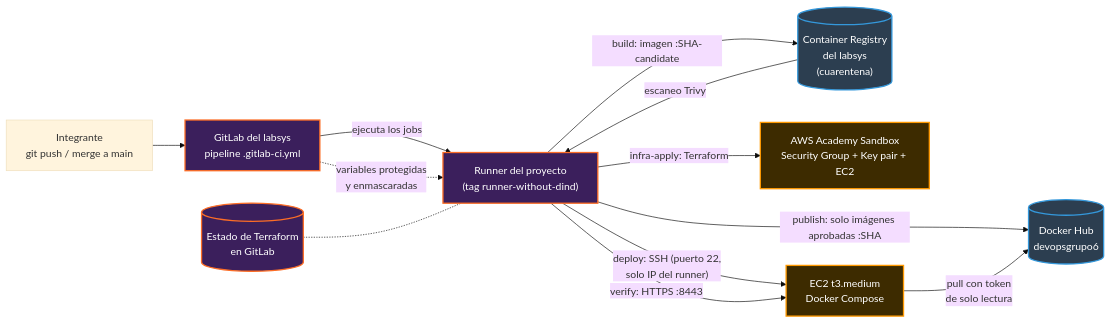
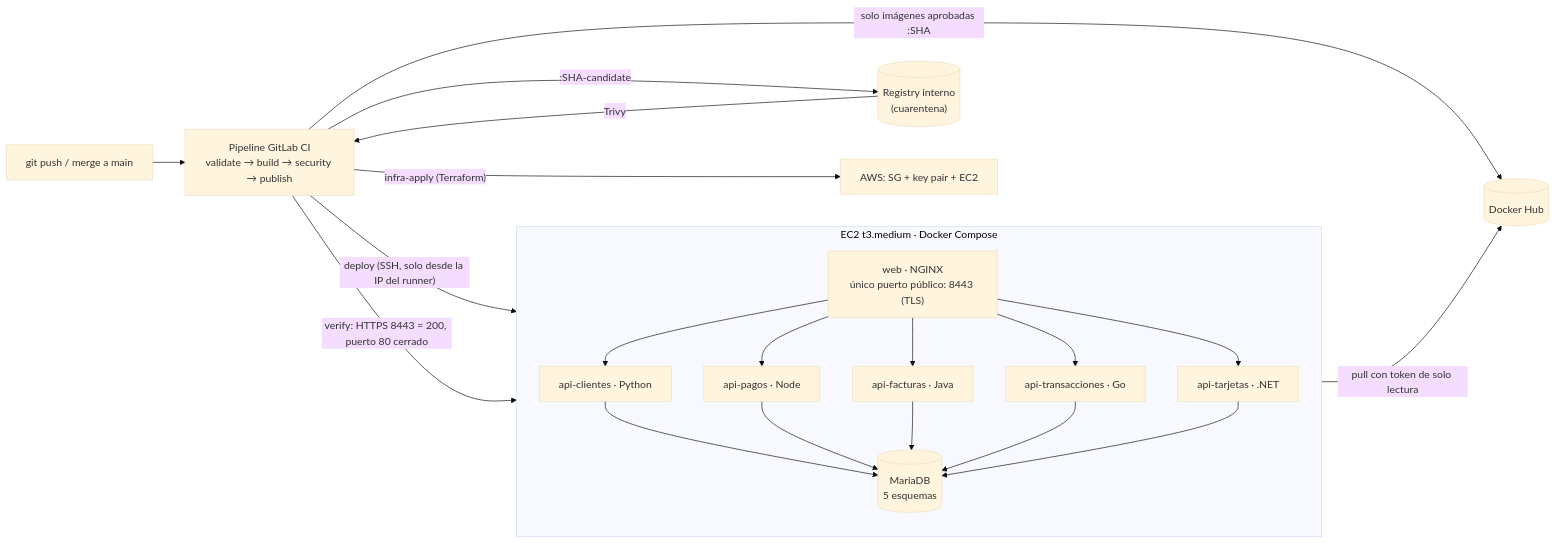
The diagram in README.md (agusgut0/fintech-nova), drawn with Mermaid (base theme) before and after one commit. The commit also changed other lines of this file and 8 other files, not shown here.

````diff
--- a/README.md
+++ b/README.md
@@ -50,21 +48,18 @@
 ```mermaid
 flowchart LR
-    Dev["Integrante<br/>git push / merge a main"] --> GL["GitLab del labsys<br/>pipeline .gitlab-ci.yml"]
-    GL -->|ejecuta los jobs| Runner["Runner del proyecto<br/>(tag runner-without-dind)"]
-    Runner -->|"build: imagen :SHA-candidate"| RegLab[("Container Registry<br/>del labsys<br/>(cuarentena)")]
-    RegLab -->|escaneo Trivy| Runner
-    Runner -->|"publish: solo imágenes aprobadas :SHA"| Hub[("Docker Hub<br/>devopsgrupo6")]
-    Runner -->|"infra-apply: Terraform"| AWS["AWS Academy Sandbox<br/>Security Group + Key pair + EC2"]
-    Runner -->|"deploy: SSH (puerto 22,<br/>solo IP del runner)"| EC2["EC2 t3.medium<br/>Docker Compose"]
-    EC2 -->|"pull con token<br/>de solo lectura"| Hub
-    Runner -->|"verify: HTTPS :8443"| EC2
-    GL -.->|"variables protegidas<br/>y enmascaradas"| Runner
-    TF[("Estado de Terraform<br/>en GitLab")] -.- Runner
+    Dev["git push / merge a main"] --> CI["Pipeline GitLab CI<br/>validate → build → security → publish"]
+    CI -->|":SHA-candidate"| Q[("Registry interno<br/>(cuarentena)")]
+    Q -->|Trivy| CI
+    CI -->|"solo imágenes aprobadas :SHA"| Hub[("Docker Hub")]
+    CI -->|"infra-apply (Terraform)"| AWS["AWS: SG + key pair + EC2"]
+    CI -->|"deploy (SSH, solo desde la IP del runner)"| EC2
+    EC2 -->|"pull con token de solo lectura"| Hub
+    CI -->|"verify: HTTPS 8443 = 200, puerto 80 cerrado"| EC2
 
-    classDef gitlab fill:#3b1f5c,stroke:#fc6d26,stroke-width:2px,color:#fff;
-    classDef registry fill:#2c3e50,stroke:#3498db,stroke-width:2px,color:#fff;
-    classDef aws fill:#3d2b00,stroke:#ff9900,stroke-width:2px,color:#fff;
-    class GL,Runner,TF gitlab;
-    class RegLab,Hub registry;
-    class AWS,EC2 aws;
+    subgraph EC2 ["EC2 t3.medium · Docker Compose"]
+        direction TB
+        Web["web · NGINX<br/>único puerto público: 8443 (TLS)"]
+        Web --> A1["api-clientes · Python"] & A2["api-pagos · Node"] & A3["api-facturas · Java"] & A4["api-transacciones · Go"] & A5["api-tarjetas · .NET"]
+        A1 & A2 & A3 & A4 & A5 --> DB[("MariaDB<br/>5 esquemas")]
+    end
 ```
````
